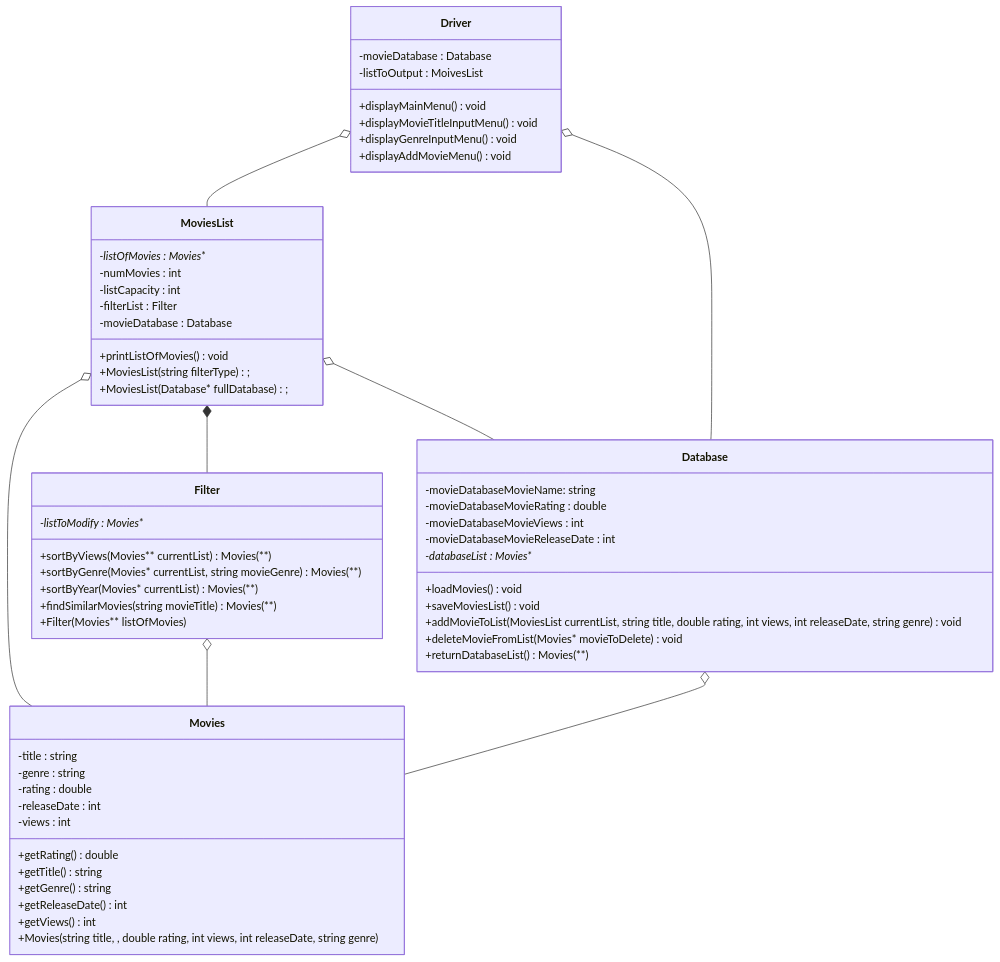
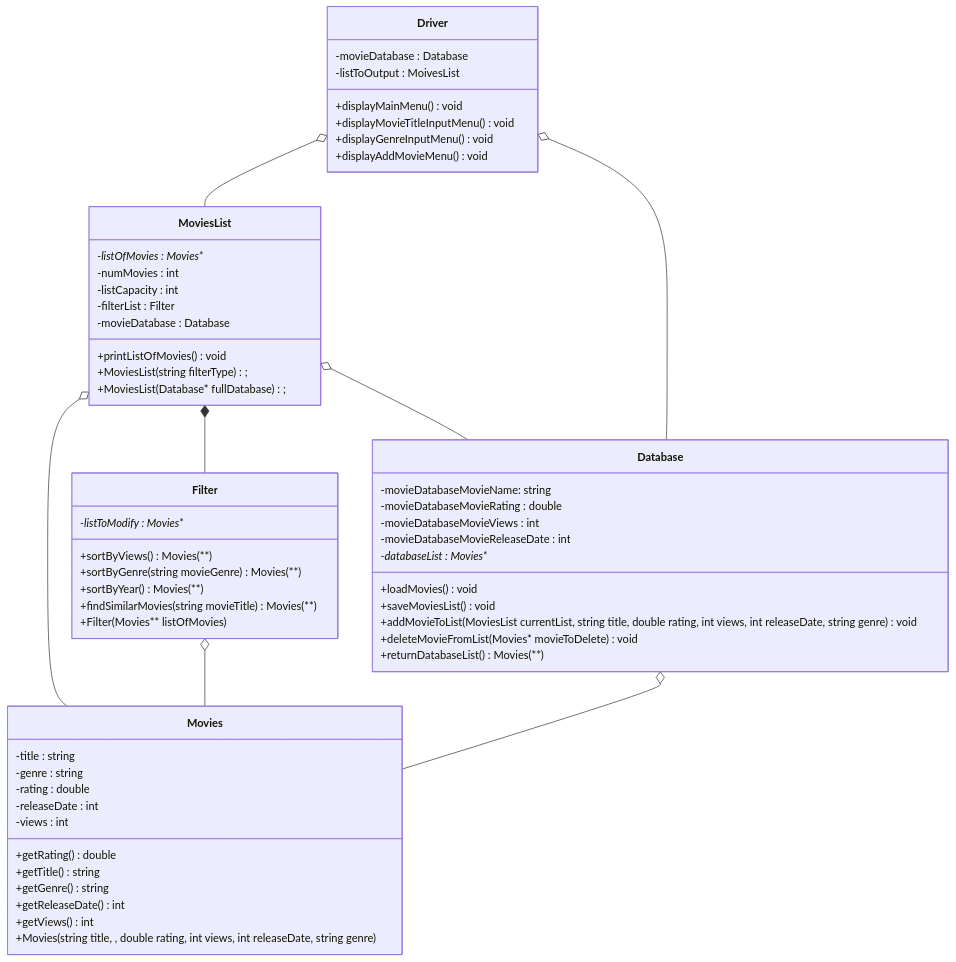
Before and after one commit to ssant096/Movie-Recommeder: the diagram in README.md, drawn with Mermaid.

Commit message:
Update UML

````diff
--- a/README.md
+++ b/README.md
@@ -19,63 +19,63 @@
 ```mermaid
  classDiagram
  MoviesList o-- Movies
  MoviesList *-- Filter
  Driver o-- MoviesList
  MoviesList o-- Database
  Driver o-- Database
  Filter o-- Movies
  Database o-- Movies
  
  class Driver{
    -movieDatabase : Database
    -listToOutput : MoivesList
    +displayMainMenu() void
    +displayMovieTitleInputMenu() void
    +displayGenreInputMenu() void
    +displayAddMovieMenu() void
  }
  class Database{
    -movieDatabaseMovieName: string
    -movieDatabaseMovieRating : double
    -movieDatabaseMovieViews : int
    -movieDatabaseMovieReleaseDate : int
    -databaseList : Movies**
    +loadMovies() void
    +saveMoviesList() void
    +addMovieToList(MoviesList currentList, string title, double rating, int views, int releaseDate, string genre) void
    +deleteMovieFromList(Movies* movieToDelete) void
    +returnDatabaseList() : Movies(**)
  }
  class Movies{
    -title : string
    -genre : string
    -rating : double
    -releaseDate : int
    -views : int
    +getRating() double
    +getTitle() string
    +getGenre() string
    +getReleaseDate() int
    +getViews() int
    +Movies(string title, , double rating, int views, int releaseDate, string genre) 
  }
  class MoviesList{
    -listOfMovies : Movies**
    -numMovies : int
    -listCapacity : int
    -filterList : Filter
    -movieDatabase : Database
    +printListOfMovies() void
    +MoviesList(string filterType);
    +MoviesList(Database* fullDatabase);
  }
  class Filter{
    -listToModify : Movies**
-   +sortByViews(Movies** currentList) : Movies(**)
-   +sortByGenre(Movies* currentList, string movieGenre) : Movies(**)
-   +sortByYear(Movies* currentList) : Movies(**)
+   +sortByViews() : Movies(**)
+   +sortByGenre(string movieGenre) : Movies(**)
+   +sortByYear() : Movies(**)
    +findSimilarMovies(string movieTitle) : Movies(**)
    +Filter(Movies** listOfMovies)
  }
  
  ```
````
